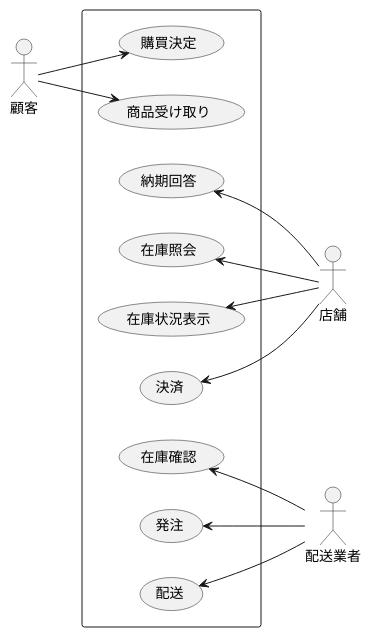
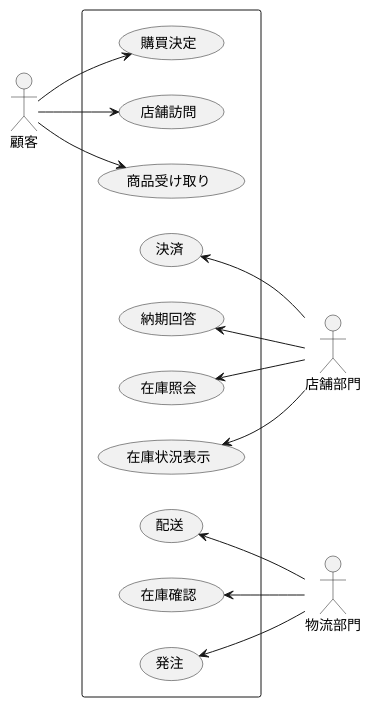
Diagram 13 of 13 in docs/business_architecture.adoc (k2works/case-sutudy-business-analysis), drawn with PlantUML before and after one commit. The commit also changed other lines of this file, not shown here.

Commit message:
docs:ビジネスアーキテクチャ

```diff
--- a/docs/business_architecture.adoc
+++ b/docs/business_architecture.adoc
@@ -509,33 +511,35 @@
 [plantuml]
 ----
 @startuml
 left to right direction
 actor 顧客
-actor 配送業者
-actor 店舗
+actor 物流部門
+actor 店舗部門
 
 rectangle {
+usecase "店舗訪問" as 店舗訪問
 usecase "商品受け取り" as 商品受け取り
 usecase "購買決定" as 購買決定
 usecase "在庫照会" as 在庫照会
 usecase "在庫確認" as 在庫確認
 usecase "在庫状況表示" as 在庫状況表示
 usecase "決済" as 決済
 usecase "発注" as 発注
 usecase "納期回答" as 納期回答
 usecase "配送" as 配送
 }
 
+顧客 --> 店舗訪問
 顧客 --> 購買決定
 顧客 --> 商品受け取り
 
-在庫照会 <-- 店舗
-在庫状況表示 <-- 店舗
-決済 <-- 店舗
-納期回答 <-- 店舗
+在庫照会 <-- 店舗部門
+在庫状況表示 <-- 店舗部門
+決済 <-- 店舗部門
+納期回答 <-- 店舗部門
 
-在庫確認 <-- 配送業者
-発注 <-- 配送業者
-配送 <-- 配送業者
+在庫確認 <-- 物流部門
+発注 <-- 物流部門
+配送 <-- 物流部門
 @enduml
 ----
```
